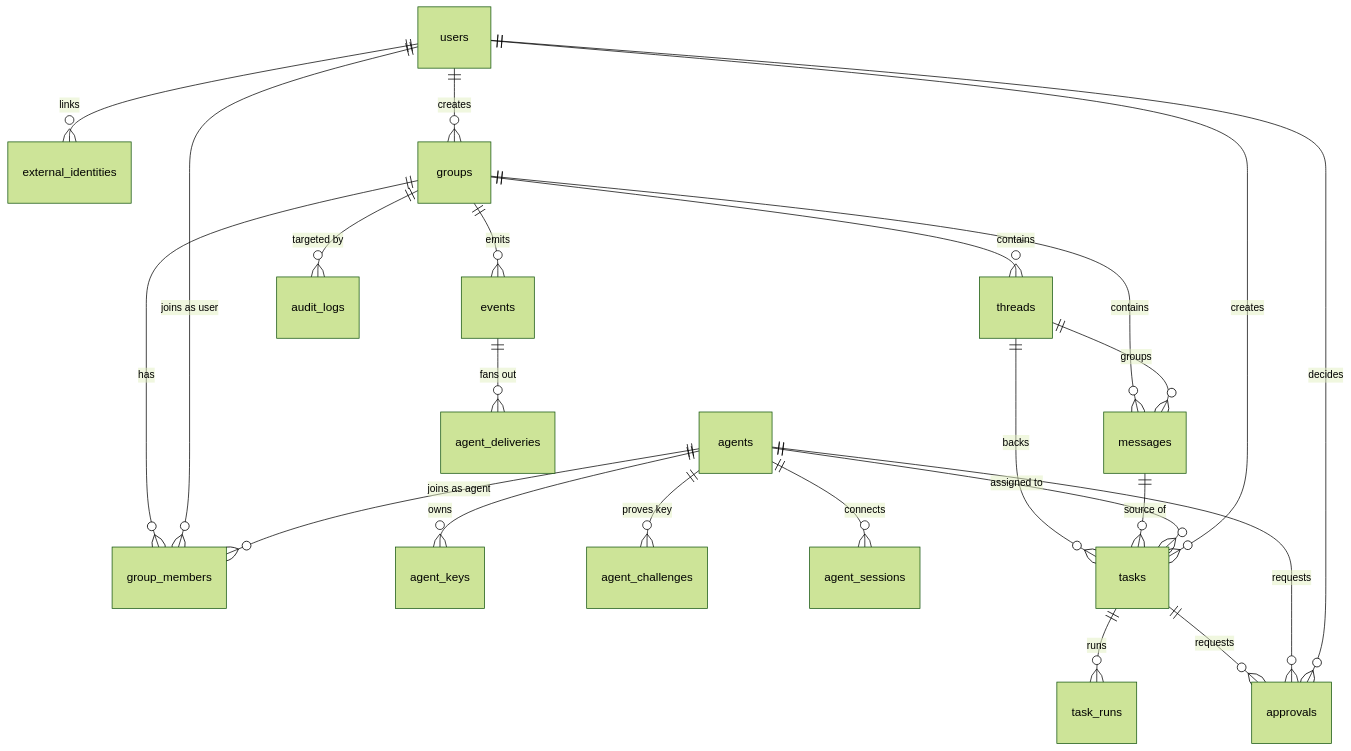
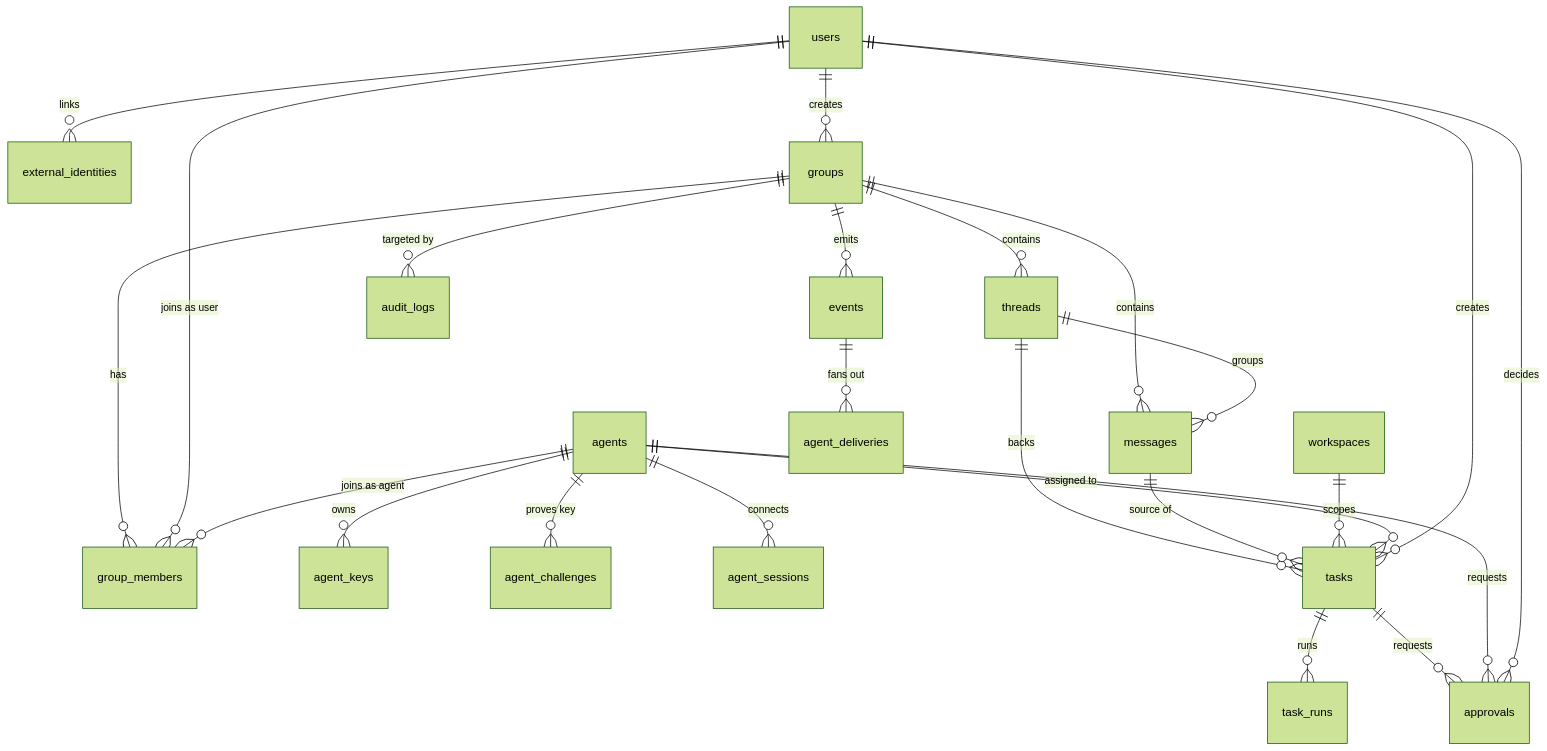
The diagram in docs/DATABASE.md (wwppyicn21/agent-room), drawn with Mermaid (forest theme) before and after one commit. The commit also changed other lines of this file and 25 other files, not shown here.

````diff
--- a/docs/DATABASE.md
+++ b/docs/DATABASE.md
@@ -25,25 +25,26 @@
 ```mermaid
 erDiagram
     users ||--o{ external_identities : "links"
     users ||--o{ groups : "creates"
     groups ||--o{ group_members : "has"
     users ||--o{ group_members : "joins as user"
     agents ||--o{ group_members : "joins as agent"
     agents ||--o{ agent_keys : "owns"
     agents ||--o{ agent_challenges : "proves key"
     agents ||--o{ agent_sessions : "connects"
     groups ||--o{ threads : "contains"
     groups ||--o{ messages : "contains"
     threads ||--o{ messages : "groups"
     threads ||--o{ tasks : "backs"
     messages ||--o{ tasks : "source of"
     tasks ||--o{ task_runs : "runs"
     tasks ||--o{ approvals : "requests"
+    workspaces ||--o{ tasks : "scopes"
     agents ||--o{ tasks : "assigned to"
     agents ||--o{ approvals : "requests"
     users ||--o{ approvals : "decides"
     groups ||--o{ events : "emits"
     events ||--o{ agent_deliveries : "fans out"
     users ||--o{ tasks : "creates"
     groups ||--o{ audit_logs : "targeted by"
 ```
````
